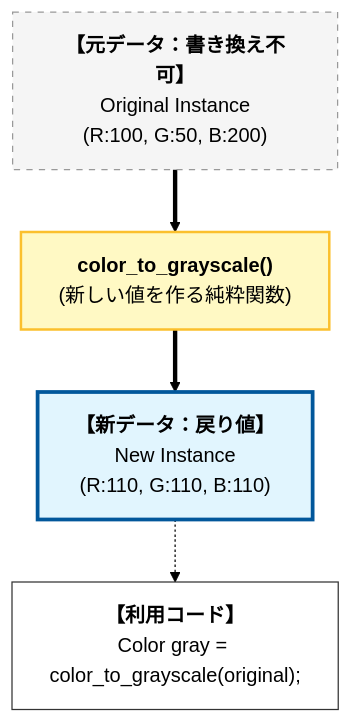
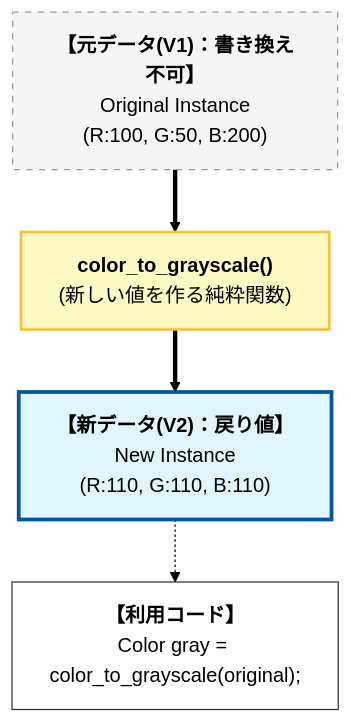
One commit to kumachan1101/BookProject changed the second of 5 diagrams in 01_原稿/05_第1部 第3章 構造体設計とコンポジション - データと責任の統合_01.md. Above: the diagram before and after it, drawn with Mermaid (forest theme). The commit also changed other lines of this file and 175 other files, not shown here.

````diff
--- a/01_原稿/05_第1部 第3章 構造体設計とコンポジション - データと責任の統合_01.md
+++ b/01_原稿/05_第1部 第3章 構造体設計とコンポジション - データと責任の統合_01.md
@@ -120,25 +119,25 @@
 ```mermaid
     graph TB
     %% 1. 入力データ
-    V1["<b>【元データ：書き換え不可】</b><br/>Original Instance<br/>(R:100, G:50, B:200)"]
+    V1["<b>【元データ(V1)：書き換え不可】</b><br/>Original Instance<br/>(R:100, G:50, B:200)"]
 
     %% 2. 処理
     Op["<b>color_to_grayscale()</b><br/>(新しい値を作る純粋関数)"]
 
     %% 3. 出力データ
-    V2["<b>【新データ：戻り値】</b><br/>New Instance<br/>(R:110, G:110, B:110)"]
+    V2["<b>【新データ(V2)：戻り値】</b><br/>New Instance<br/>(R:110, G:110, B:110)"]
 
     %% 4. クライアントでの利用例
     Code["<b>【利用コード】</b><br/>Color gray = color_to_grayscale(original);"]
 
     %% 流れの定義
     V1 ==> Op
     Op ==> V2
     V2 -.-> Code
 
     %% スタイル設定（コントラストを強めに）
     style V1 fill:#f5f5f5,stroke:#999,stroke-dasharray: 5 5
     style Op fill:#fff9c4,stroke:#fbc02d,stroke-width:2px
     style V2 fill:#e1f5fe,stroke:#01579b,stroke-width:3px
     style Code fill:#ffffff,stroke:#333
 ```
````
